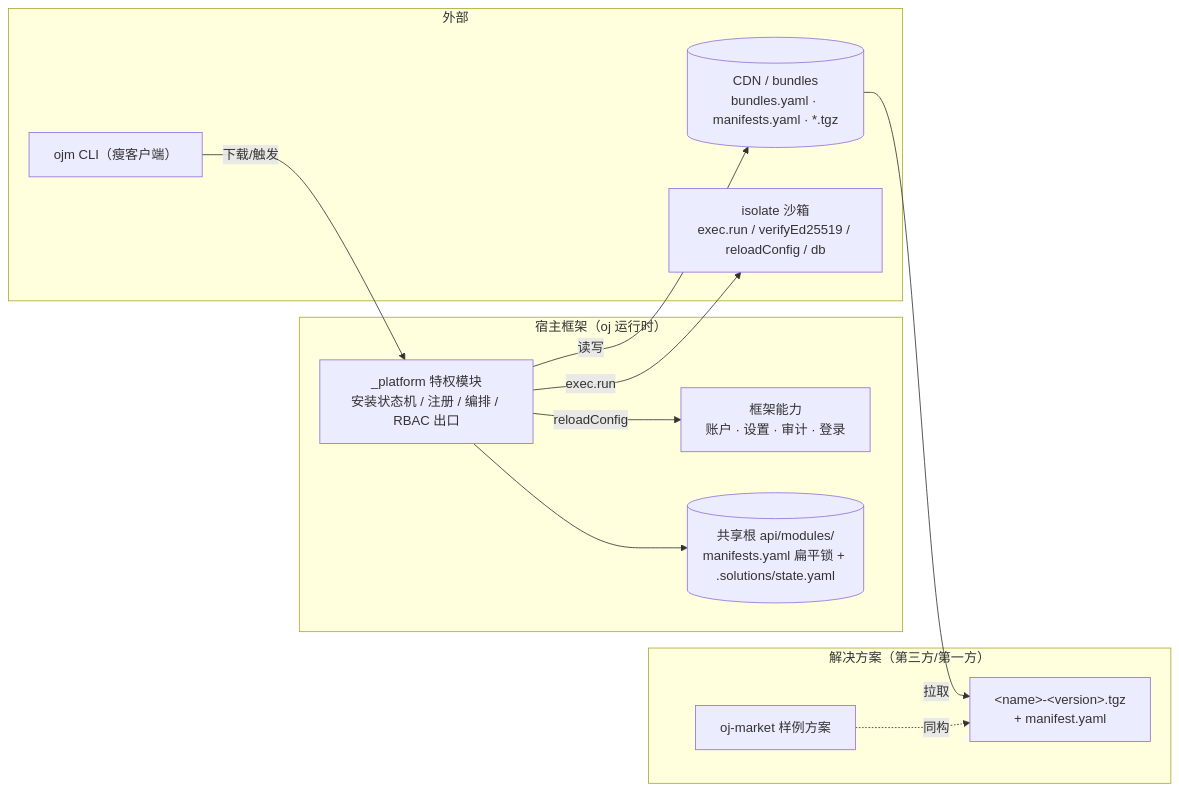
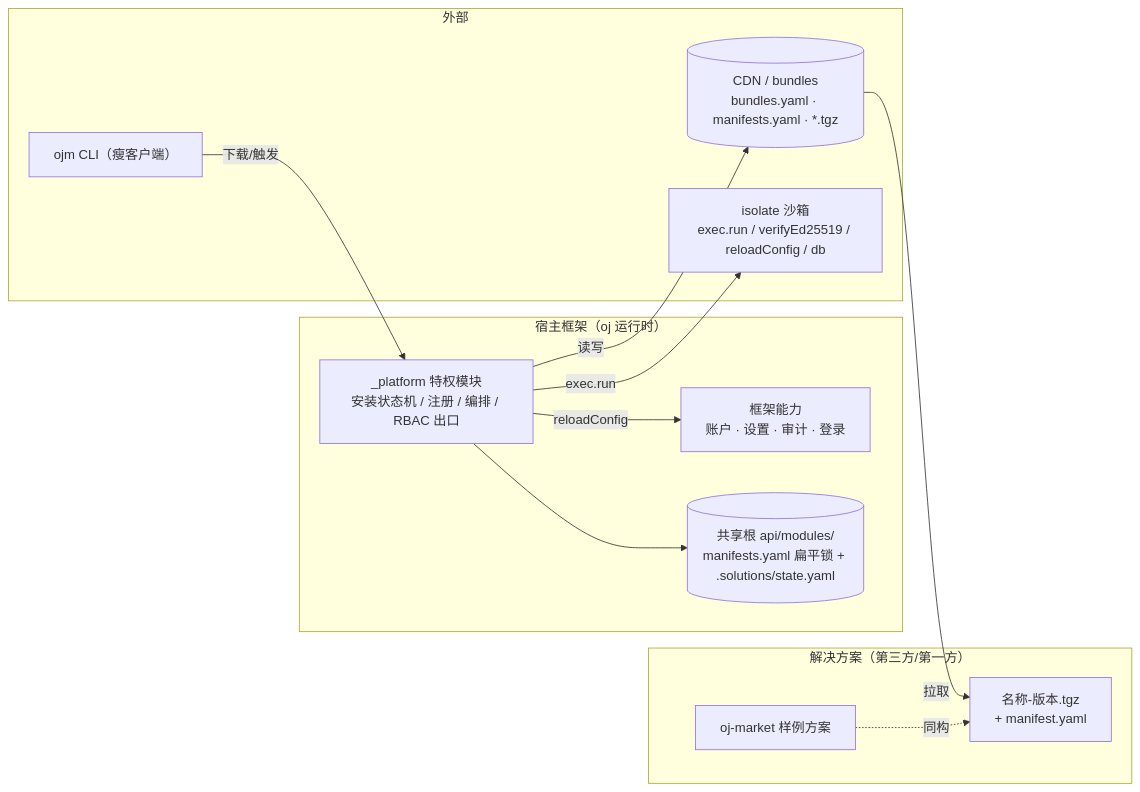
Before and after one commit to everpan/oj-module: the first of 6 diagrams in docs/prd/solution/ARCHITECTURE.md, drawn with Mermaid. The commit also changed other lines of this file and 1 other file, not shown here.

First line of the commit message:
docs(solution): pass check:mermaid on architecture/operations diagrams

````diff
--- a/docs/prd/solution/ARCHITECTURE.md
+++ b/docs/prd/solution/ARCHITECTURE.md
@@ -33,24 +33,24 @@
 ```mermaid
 flowchart LR
     subgraph AUTH["宿主框架（oj 运行时）"]
         OP["_platform 特权模块<br/>安装状态机 / 注册 / 编排 / RBAC 出口"]
         FW["框架能力<br/>账户 · 设置 · 审计 · 登录"]
         ROOT[("共享根 api/modules/<br/>manifests.yaml 扁平锁 + .solutions/state.yaml")]
     end
     subgraph EXT["外部"]
         OJM["ojm CLI（瘦客户端）"]
         CDN[("CDN / bundles<br/>bundles.yaml · manifests.yaml · *.tgz")]
         ISO["isolate 沙箱<br/>exec.run / verifyEd25519 / reloadConfig / db"]
     end
     subgraph SOL["解决方案（第三方/第一方）"]
-        TGZ["&lt;name&gt;-&lt;version&gt;.tgz<br/>+ manifest.yaml"]
+        TGZ["名称-版本.tgz<br/>+ manifest.yaml"]
         MRKT["oj-market 样例方案"]
     end
     OJM -->|下载/触发| OP
     OP -->|exec.run| ISO
     OP --> ROOT
     OP -->|reloadConfig| FW
     OP -->|读写| CDN
     CDN -->|拉取| TGZ
     MRKT -. 同构 .-> TGZ
 ```
````
